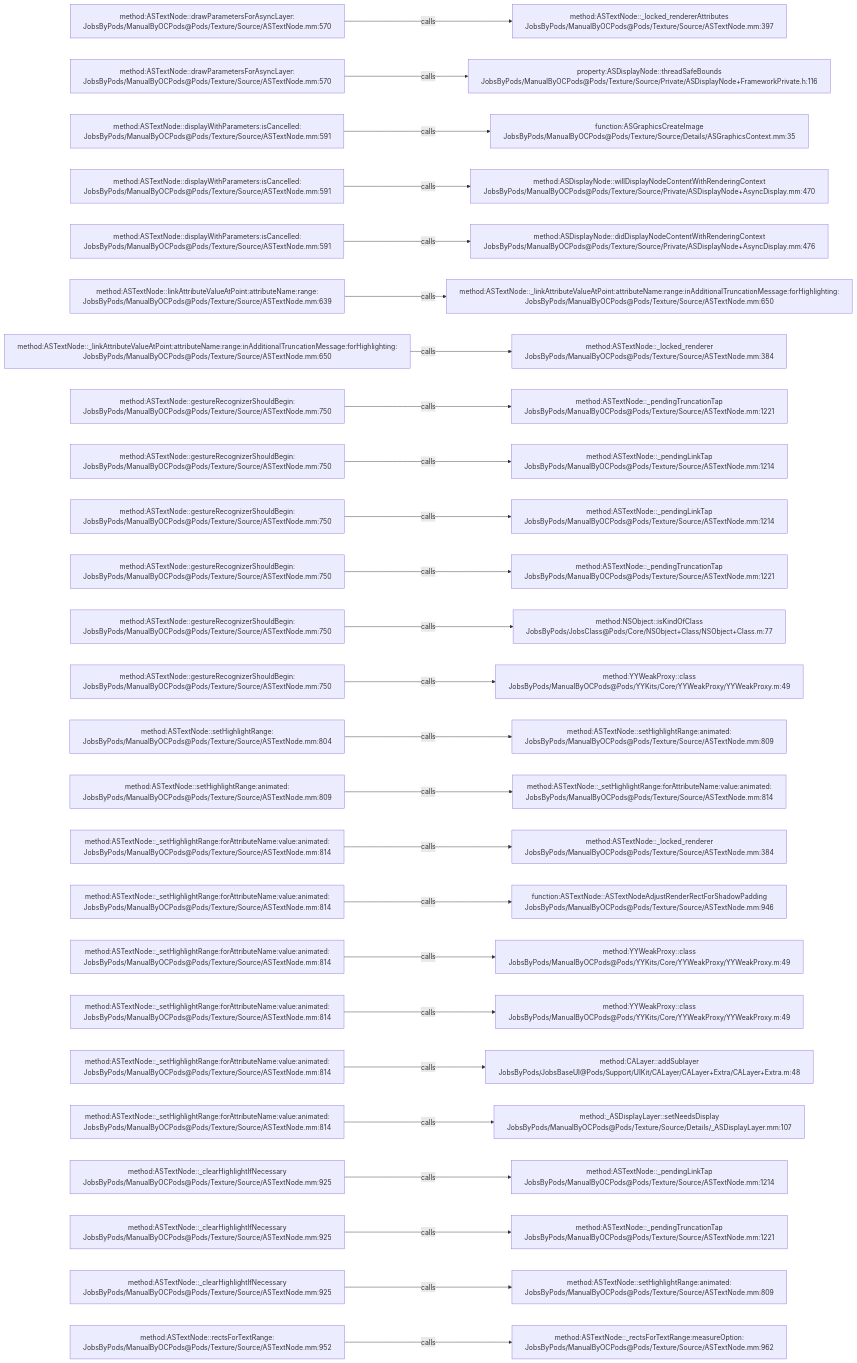
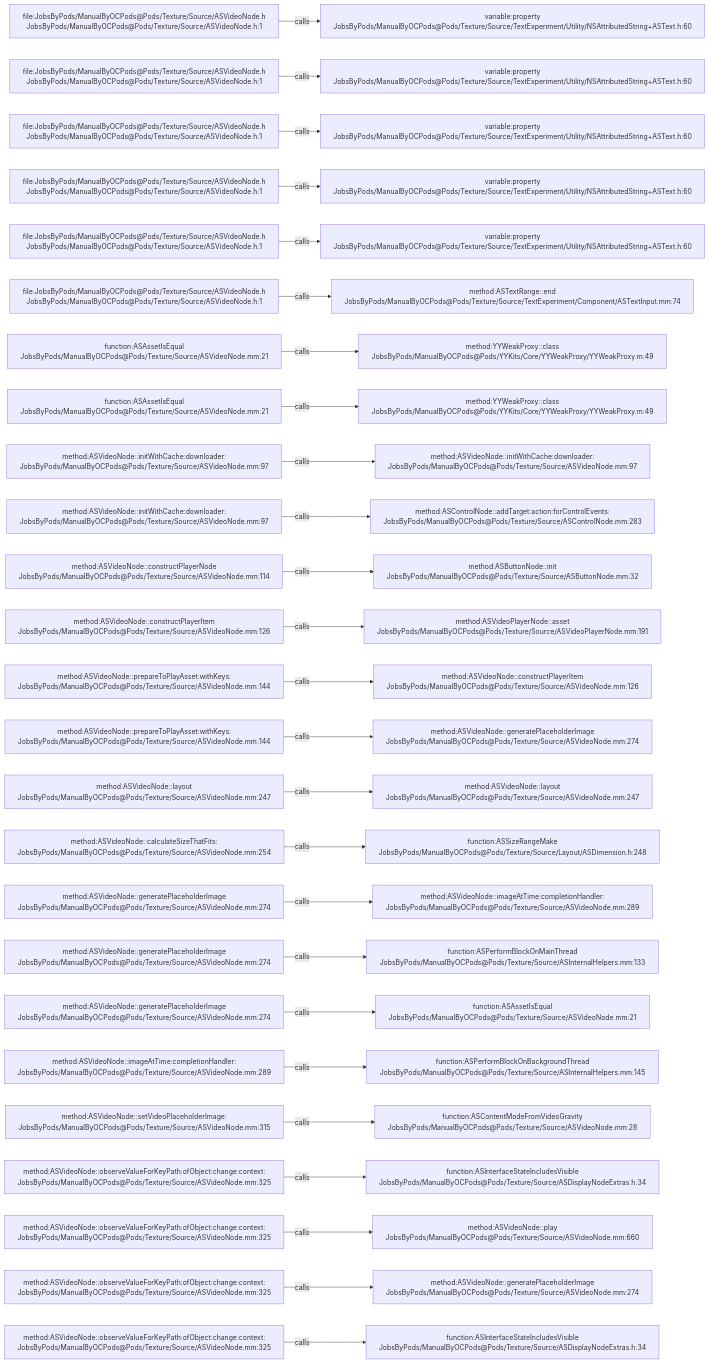
One commit to JobsKits/JobsOCBaseConfigDemo changed the diagram in .codegraph/codegraph.md/graphs/calls-127.md. Above: the diagram before and after it, drawn with Mermaid. The commit also changed 2723 other files, not shown here.

````diff
--- a/.codegraph/codegraph.md/graphs/calls-127.md
+++ b/.codegraph/codegraph.md/graphs/calls-127.md
@@ -13,78 +13,78 @@
 ```mermaid
 flowchart LR
-  S1["method:ASTextNode::drawParametersForAsyncLayer:<br/>JobsByPods/ManualByOCPods@Pods/Texture/Source/ASTextNode.mm:570"]
-  T1["method:ASTextNode::_locked_rendererAttributes<br/>JobsByPods/ManualByOCPods@Pods/Texture/Source/ASTextNode.mm:397"]
+  S1["file:JobsByPods/ManualByOCPods@Pods/Texture/Source/ASVideoNode.h<br/>JobsByPods/ManualByOCPods@Pods/Texture/Source/ASVideoNode.h:1"]
+  T1["variable:property<br/>JobsByPods/ManualByOCPods@Pods/Texture/Source/TextExperiment/Utility/NSAttributedString+ASText.h:60"]
   S1 -->|calls| T1
-  S2["method:ASTextNode::drawParametersForAsyncLayer:<br/>JobsByPods/ManualByOCPods@Pods/Texture/Source/ASTextNode.mm:570"]
-  T2["property:ASDisplayNode::threadSafeBounds<br/>JobsByPods/ManualByOCPods@Pods/Texture/Source/Private/ASDisplayNode+FrameworkPrivate.h:116"]
+  S2["file:JobsByPods/ManualByOCPods@Pods/Texture/Source/ASVideoNode.h<br/>JobsByPods/ManualByOCPods@Pods/Texture/Source/ASVideoNode.h:1"]
+  T2["variable:property<br/>JobsByPods/ManualByOCPods@Pods/Texture/Source/TextExperiment/Utility/NSAttributedString+ASText.h:60"]
   S2 -->|calls| T2
-  S3["method:ASTextNode::displayWithParameters:isCancelled:<br/>JobsByPods/ManualByOCPods@Pods/Texture/Source/ASTextNode.mm:591"]
-  T3["function:ASGraphicsCreateImage<br/>JobsByPods/ManualByOCPods@Pods/Texture/Source/Details/ASGraphicsContext.mm:35"]
+  S3["file:JobsByPods/ManualByOCPods@Pods/Texture/Source/ASVideoNode.h<br/>JobsByPods/ManualByOCPods@Pods/Texture/Source/ASVideoNode.h:1"]
+  T3["variable:property<br/>JobsByPods/ManualByOCPods@Pods/Texture/Source/TextExperiment/Utility/NSAttributedString+ASText.h:60"]
   S3 -->|calls| T3
-  S4["method:ASTextNode::displayWithParameters:isCancelled:<br/>JobsByPods/ManualByOCPods@Pods/Texture/Source/ASTextNode.mm:591"]
-  T4["method:ASDisplayNode::willDisplayNodeContentWithRenderingContext<br/>JobsByPods/ManualByOCPods@Pods/Texture/Source/Private/ASDisplayNode+AsyncDisplay.mm:470"]
+  S4["file:JobsByPods/ManualByOCPods@Pods/Texture/Source/ASVideoNode.h<br/>JobsByPods/ManualByOCPods@Pods/Texture/Source/ASVideoNode.h:1"]
+  T4["variable:property<br/>JobsByPods/ManualByOCPods@Pods/Texture/Source/TextExperiment/Utility/NSAttributedString+ASText.h:60"]
   S4 -->|calls| T4
-  S5["method:ASTextNode::displayWithParameters:isCancelled:<br/>JobsByPods/ManualByOCPods@Pods/Texture/Source/ASTextNode.mm:591"]
-  T5["method:ASDisplayNode::didDisplayNodeContentWithRenderingContext<br/>JobsByPods/ManualByOCPods@Pods/Texture/Source/Private/ASDisplayNode+AsyncDisplay.mm:476"]
+  S5["file:JobsByPods/ManualByOCPods@Pods/Texture/Source/ASVideoNode.h<br/>JobsByPods/ManualByOCPods@Pods/Texture/Source/ASVideoNode.h:1"]
+  T5["variable:property<br/>JobsByPods/ManualByOCPods@Pods/Texture/Source/TextExperiment/Utility/NSAttributedString+ASText.h:60"]
   S5 -->|calls| T5
-  S6["method:ASTextNode::linkAttributeValueAtPoint:attributeName:range:<br/>JobsByPods/ManualByOCPods@Pods/Texture/Source/ASTextNode.mm:639"]
-  T6["method:ASTextNode::_linkAttributeValueAtPoint:attributeName:range:inAdditionalTruncationMessage:forHighlighting:<br/>JobsByPods/ManualByOCPods@Pods/Texture/Source/ASTextNode.mm:650"]
+  S6["file:JobsByPods/ManualByOCPods@Pods/Texture/Source/ASVideoNode.h<br/>JobsByPods/ManualByOCPods@Pods/Texture/Source/ASVideoNode.h:1"]
+  T6["method:ASTextRange::end<br/>JobsByPods/ManualByOCPods@Pods/Texture/Source/TextExperiment/Component/ASTextInput.mm:74"]
   S6 -->|calls| T6
-  S7["method:ASTextNode::_linkAttributeValueAtPoint:attributeName:range:inAdditionalTruncationMessage:forHighlighting:<br/>JobsByPods/ManualByOCPods@Pods/Texture/Source/ASTextNode.mm:650"]
-  T7["method:ASTextNode::_locked_renderer<br/>JobsByPods/ManualByOCPods@Pods/Texture/Source/ASTextNode.mm:384"]
+  S7["function:ASAssetIsEqual<br/>JobsByPods/ManualByOCPods@Pods/Texture/Source/ASVideoNode.mm:21"]
+  T7["method:YYWeakProxy::class<br/>JobsByPods/ManualByOCPods@Pods/YYKits/Core/YYWeakProxy/YYWeakProxy.m:49"]
   S7 -->|calls| T7
-  S8["method:ASTextNode::gestureRecognizerShouldBegin:<br/>JobsByPods/ManualByOCPods@Pods/Texture/Source/ASTextNode.mm:750"]
-  T8["method:ASTextNode::_pendingTruncationTap<br/>JobsByPods/ManualByOCPods@Pods/Texture/Source/ASTextNode.mm:1221"]
+  S8["function:ASAssetIsEqual<br/>JobsByPods/ManualByOCPods@Pods/Texture/Source/ASVideoNode.mm:21"]
+  T8["method:YYWeakProxy::class<br/>JobsByPods/ManualByOCPods@Pods/YYKits/Core/YYWeakProxy/YYWeakProxy.m:49"]
   S8 -->|calls| T8
-  S9["method:ASTextNode::gestureRecognizerShouldBegin:<br/>JobsByPods/ManualByOCPods@Pods/Texture/Source/ASTextNode.mm:750"]
-  T9["method:ASTextNode::_pendingLinkTap<br/>JobsByPods/ManualByOCPods@Pods/Texture/Source/ASTextNode.mm:1214"]
+  S9["method:ASVideoNode::initWithCache:downloader:<br/>JobsByPods/ManualByOCPods@Pods/Texture/Source/ASVideoNode.mm:97"]
+  T9["method:ASVideoNode::initWithCache:downloader:<br/>JobsByPods/ManualByOCPods@Pods/Texture/Source/ASVideoNode.mm:97"]
   S9 -->|calls| T9
-  S10["method:ASTextNode::gestureRecognizerShouldBegin:<br/>JobsByPods/ManualByOCPods@Pods/Texture/Source/ASTextNode.mm:750"]
-  T10["method:ASTextNode::_pendingLinkTap<br/>JobsByPods/ManualByOCPods@Pods/Texture/Source/ASTextNode.mm:1214"]
+  S10["method:ASVideoNode::initWithCache:downloader:<br/>JobsByPods/ManualByOCPods@Pods/Texture/Source/ASVideoNode.mm:97"]
+  T10["method:ASControlNode::addTarget:action:forControlEvents:<br/>JobsByPods/ManualByOCPods@Pods/Texture/Source/ASControlNode.mm:283"]
   S10 -->|calls| T10
-  S11["method:ASTextNode::gestureRecognizerShouldBegin:<br/>JobsByPods/ManualByOCPods@Pods/Texture/Source/ASTextNode.mm:750"]
-  T11["method:ASTextNode::_pendingTruncationTap<br/>JobsByPods/ManualByOCPods@Pods/Texture/Source/ASTextNode.mm:1221"]
+  S11["method:ASVideoNode::constructPlayerNode<br/>JobsByPods/ManualByOCPods@Pods/Texture/Source/ASVideoNode.mm:114"]
+  T11["method:ASButtonNode::init<br/>JobsByPods/ManualByOCPods@Pods/Texture/Source/ASButtonNode.mm:32"]
   S11 -->|calls| T11
-  S12["method:ASTextNode::gestureRecognizerShouldBegin:<br/>JobsByPods/ManualByOCPods@Pods/Texture/Source/ASTextNode.mm:750"]
-  T12["method:NSObject::isKindOfClass<br/>JobsByPods/JobsClass@Pods/Core/NSObject+Class/NSObject+Class.m:77"]
+  S12["method:ASVideoNode::constructPlayerItem<br/>JobsByPods/ManualByOCPods@Pods/Texture/Source/ASVideoNode.mm:126"]
+  T12["method:ASVideoPlayerNode::asset<br/>JobsByPods/ManualByOCPods@Pods/Texture/Source/ASVideoPlayerNode.mm:191"]
   S12 -->|calls| T12
-  S13["method:ASTextNode::gestureRecognizerShouldBegin:<br/>JobsByPods/ManualByOCPods@Pods/Texture/Source/ASTextNode.mm:750"]
-  T13["method:YYWeakProxy::class<br/>JobsByPods/ManualByOCPods@Pods/YYKits/Core/YYWeakProxy/YYWeakProxy.m:49"]
+  S13["method:ASVideoNode::prepareToPlayAsset:withKeys:<br/>JobsByPods/ManualByOCPods@Pods/Texture/Source/ASVideoNode.mm:144"]
+  T13["method:ASVideoNode::constructPlayerItem<br/>JobsByPods/ManualByOCPods@Pods/Texture/Source/ASVideoNode.mm:126"]
   S13 -->|calls| T13
-  S14["method:ASTextNode::setHighlightRange:<br/>JobsByPods/ManualByOCPods@Pods/Texture/Source/ASTextNode.mm:804"]
-  T14["method:ASTextNode::setHighlightRange:animated:<br/>JobsByPods/ManualByOCPods@Pods/Texture/Source/ASTextNode.mm:809"]
+  S14["method:ASVideoNode::prepareToPlayAsset:withKeys:<br/>JobsByPods/ManualByOCPods@Pods/Texture/Source/ASVideoNode.mm:144"]
+  T14["method:ASVideoNode::generatePlaceholderImage<br/>JobsByPods/ManualByOCPods@Pods/Texture/Source/ASVideoNode.mm:274"]
   S14 -->|calls| T14
-  S15["method:ASTextNode::setHighlightRange:animated:<br/>JobsByPods/ManualByOCPods@Pods/Texture/Source/ASTextNode.mm:809"]
-  T15["method:ASTextNode::_setHighlightRange:forAttributeName:value:animated:<br/>JobsByPods/ManualByOCPods@Pods/Texture/Source/ASTextNode.mm:814"]
+  S15["method:ASVideoNode::layout<br/>JobsByPods/ManualByOCPods@Pods/Texture/Source/ASVideoNode.mm:247"]
+  T15["method:ASVideoNode::layout<br/>JobsByPods/ManualByOCPods@Pods/Texture/Source/ASVideoNode.mm:247"]
   S15 -->|calls| T15
-  S16["method:ASTextNode::_setHighlightRange:forAttributeName:value:animated:<br/>JobsByPods/ManualByOCPods@Pods/Texture/Source/ASTextNode.mm:814"]
-  T16["method:ASTextNode::_locked_renderer<br/>JobsByPods/ManualByOCPods@Pods/Texture/Source/ASTextNode.mm:384"]
+  S16["method:ASVideoNode::calculateSizeThatFits:<br/>JobsByPods/ManualByOCPods@Pods/Texture/Source/ASVideoNode.mm:254"]
+  T16["function:ASSizeRangeMake<br/>JobsByPods/ManualByOCPods@Pods/Texture/Source/Layout/ASDimension.h:248"]
   S16 -->|calls| T16
-  S17["method:ASTextNode::_setHighlightRange:forAttributeName:value:animated:<br/>JobsByPods/ManualByOCPods@Pods/Texture/Source/ASTextNode.mm:814"]
-  T17["function:ASTextNode::ASTextNodeAdjustRenderRectForShadowPadding<br/>JobsByPods/ManualByOCPods@Pods/Texture/Source/ASTextNode.mm:946"]
+  S17["method:ASVideoNode::generatePlaceholderImage<br/>JobsByPods/ManualByOCPods@Pods/Texture/Source/ASVideoNode.mm:274"]
+  T17["method:ASVideoNode::imageAtTime:completionHandler:<br/>JobsByPods/ManualByOCPods@Pods/Texture/Source/ASVideoNode.mm:289"]
   S17 -->|calls| T17
-  S18["method:ASTextNode::_setHighlightRange:forAttributeName:value:animated:<br/>JobsByPods/ManualByOCPods@Pods/Texture/Source/ASTextNode.mm:814"]
-  T18["method:YYWeakProxy::class<br/>JobsByPods/ManualByOCPods@Pods/YYKits/Core/YYWeakProxy/YYWeakProxy.m:49"]
+  S18["method:ASVideoNode::generatePlaceholderImage<br/>JobsByPods/ManualByOCPods@Pods/Texture/Source/ASVideoNode.mm:274"]
+  T18["function:ASPerformBlockOnMainThread<br/>JobsByPods/ManualByOCPods@Pods/Texture/Source/ASInternalHelpers.mm:133"]
   S18 -->|calls| T18
-  S19["method:ASTextNode::_setHighlightRange:forAttributeName:value:animated:<br/>JobsByPods/ManualByOCPods@Pods/Texture/Source/ASTextNode.mm:814"]
-  T19["method:YYWeakProxy::class<br/>JobsByPods/ManualByOCPods@Pods/YYKits/Core/YYWeakProxy/YYWeakProxy.m:49"]
+  S19["method:ASVideoNode::generatePlaceholderImage<br/>JobsByPods/ManualByOCPods@Pods/Texture/Source/ASVideoNode.mm:274"]
+  T19["function:ASAssetIsEqual<br/>JobsByPods/ManualByOCPods@Pods/Texture/Source/ASVideoNode.mm:21"]
   S19 -->|calls| T19
-  S20["method:ASTextNode::_setHighlightRange:forAttributeName:value:animated:<br/>JobsByPods/ManualByOCPods@Pods/Texture/Source/ASTextNode.mm:814"]
-  T20["method:CALayer::addSublayer<br/>JobsByPods/JobsBaseUI@Pods/Support/UIKit/CALayer/CALayer+Extra/CALayer+Extra.m:48"]
+  S20["method:ASVideoNode::imageAtTime:completionHandler:<br/>JobsByPods/ManualByOCPods@Pods/Texture/Source/ASVideoNode.mm:289"]
+  T20["function:ASPerformBlockOnBackgroundThread<br/>JobsByPods/ManualByOCPods@Pods/Texture/Source/ASInternalHelpers.mm:145"]
   S20 -->|calls| T20
-  S21["method:ASTextNode::_setHighlightRange:forAttributeName:value:animated:<br/>JobsByPods/ManualByOCPods@Pods/Texture/Source/ASTextNode.mm:814"]
-  T21["method:_ASDisplayLayer::setNeedsDisplay<br/>JobsByPods/ManualByOCPods@Pods/Texture/Source/Details/_ASDisplayLayer.mm:107"]
+  S21["method:ASVideoNode::setVideoPlaceholderImage:<br/>JobsByPods/ManualByOCPods@Pods/Texture/Source/ASVideoNode.mm:315"]
+  T21["function:ASContentModeFromVideoGravity<br/>JobsByPods/ManualByOCPods@Pods/Texture/Source/ASVideoNode.mm:28"]
   S21 -->|calls| T21
-  S22["method:ASTextNode::_clearHighlightIfNecessary<br/>JobsByPods/ManualByOCPods@Pods/Texture/Source/ASTextNode.mm:925"]
-  T22["method:ASTextNode::_pendingLinkTap<br/>JobsByPods/ManualByOCPods@Pods/Texture/Source/ASTextNode.mm:1214"]
+  S22["method:ASVideoNode::observeValueForKeyPath:ofObject:change:context:<br/>JobsByPods/ManualByOCPods@Pods/Texture/Source/ASVideoNode.mm:325"]
+  T22["function:ASInterfaceStateIncludesVisible<br/>JobsByPods/ManualByOCPods@Pods/Texture/Source/ASDisplayNodeExtras.h:34"]
   S22 -->|calls| T22
-  S23["method:ASTextNode::_clearHighlightIfNecessary<br/>JobsByPods/ManualByOCPods@Pods/Texture/Source/ASTextNode.mm:925"]
-  T23["method:ASTextNode::_pendingTruncationTap<br/>JobsByPods/ManualByOCPods@Pods/Texture/Source/ASTextNode.mm:1221"]
+  S23["method:ASVideoNode::observeValueForKeyPath:ofObject:change:context:<br/>JobsByPods/ManualByOCPods@Pods/Texture/Source/ASVideoNode.mm:325"]
+  T23["method:ASVideoNode::play<br/>JobsByPods/ManualByOCPods@Pods/Texture/Source/ASVideoNode.mm:660"]
   S23 -->|calls| T23
-  S24["method:ASTextNode::_clearHighlightIfNecessary<br/>JobsByPods/ManualByOCPods@Pods/Texture/Source/ASTextNode.mm:925"]
-  T24["method:ASTextNode::setHighlightRange:animated:<br/>JobsByPods/ManualByOCPods@Pods/Texture/Source/ASTextNode.mm:809"]
+  S24["method:ASVideoNode::observeValueForKeyPath:ofObject:change:context:<br/>JobsByPods/ManualByOCPods@Pods/Texture/Source/ASVideoNode.mm:325"]
+  T24["method:ASVideoNode::generatePlaceholderImage<br/>JobsByPods/ManualByOCPods@Pods/Texture/Source/ASVideoNode.mm:274"]
   S24 -->|calls| T24
-  S25["method:ASTextNode::rectsForTextRange:<br/>JobsByPods/ManualByOCPods@Pods/Texture/Source/ASTextNode.mm:952"]
-  T25["method:ASTextNode::_rectsForTextRange:measureOption:<br/>JobsByPods/ManualByOCPods@Pods/Texture/Source/ASTextNode.mm:962"]
+  S25["method:ASVideoNode::observeValueForKeyPath:ofObject:change:context:<br/>JobsByPods/ManualByOCPods@Pods/Texture/Source/ASVideoNode.mm:325"]
+  T25["function:ASInterfaceStateIncludesVisible<br/>JobsByPods/ManualByOCPods@Pods/Texture/Source/ASDisplayNodeExtras.h:34"]
   S25 -->|calls| T25
 ```
````
